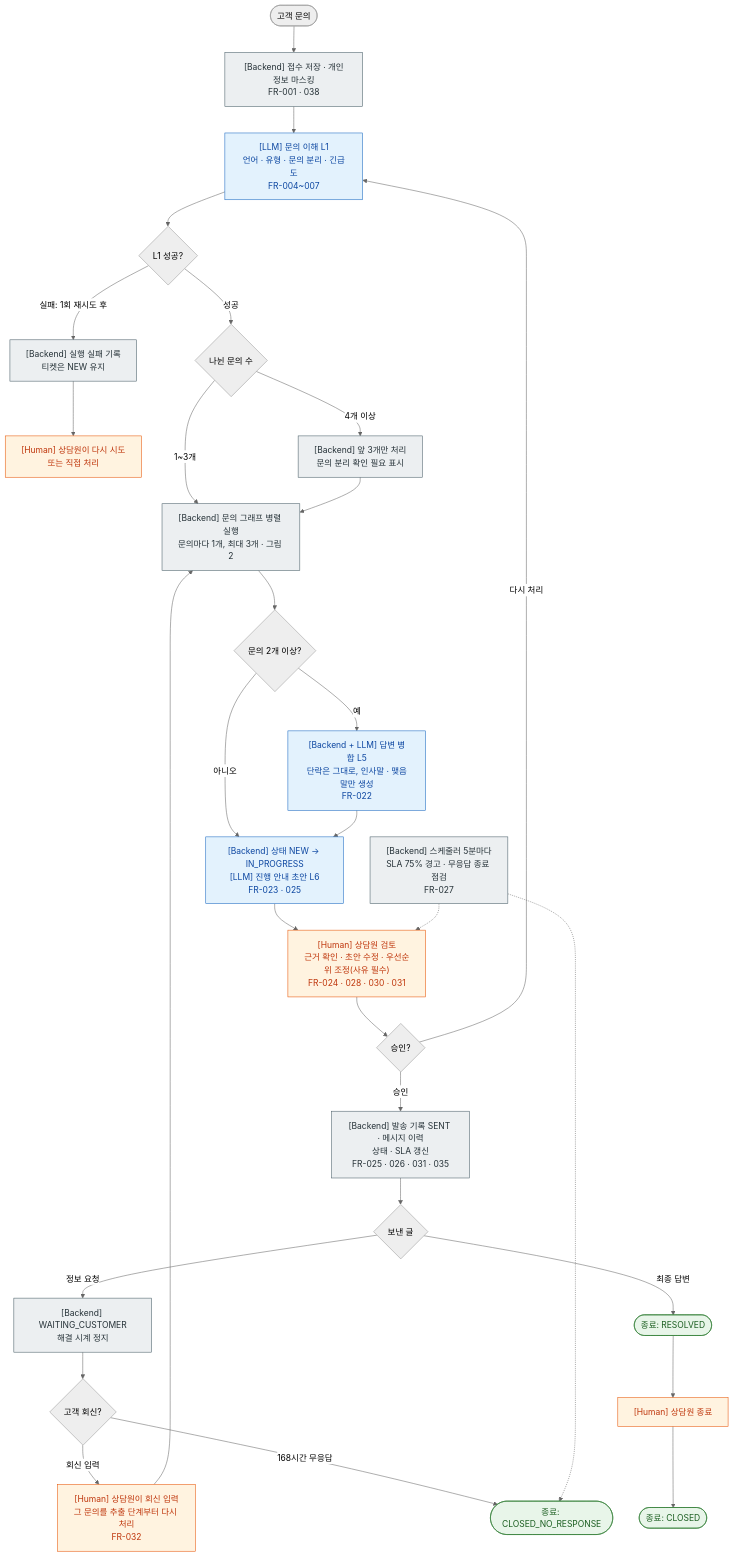
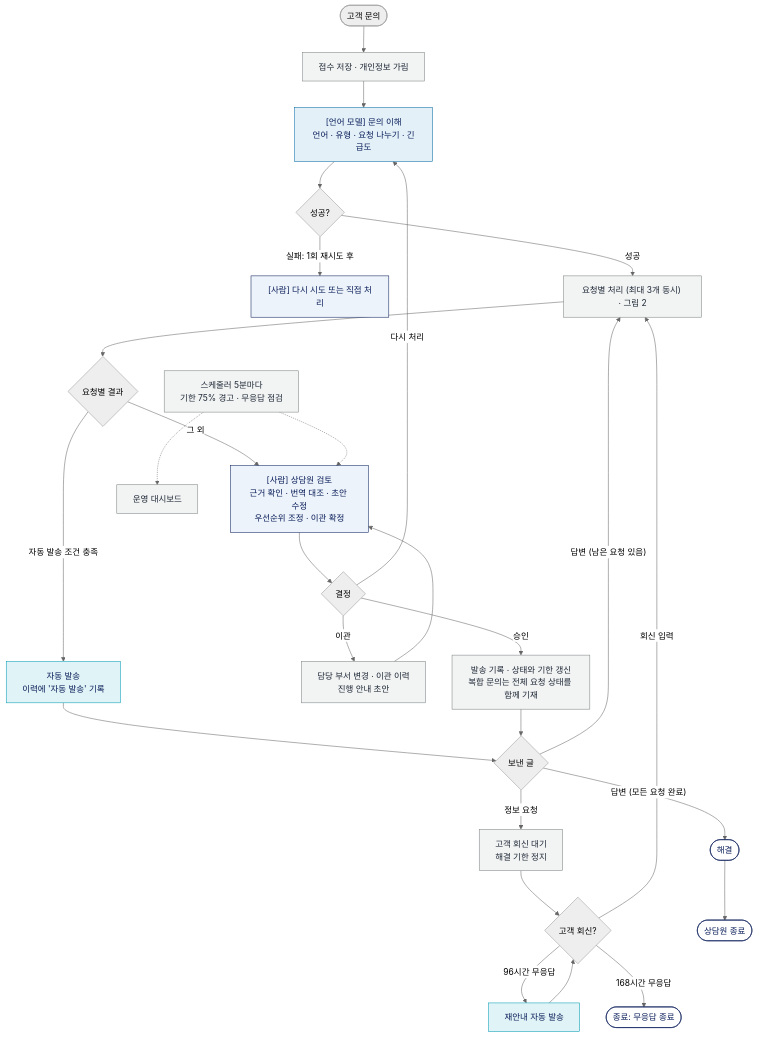
Before and after one commit to SongjuNa/cs-agent-service: the second of 3 diagrams in docs/planning/project-plan.md, drawn with Mermaid (neutral theme). The commit also changed other lines of this file and 3 other files, not shown here.

````diff
--- a/docs/planning/project-plan.md
+++ b/docs/planning/project-plan.md
@@ -291,41 +405,40 @@
 ```mermaid
 flowchart TD
-    S(["고객 문의"]) --> A1["[Backend] 접수 저장 · 개인정보 마스킹<br/>FR-001 · 038"]
-    A1 --> A2["[LLM] 문의 이해 L1<br/>언어 · 유형 · 문의 분리 · 긴급도<br/>FR-004~007"]
-    A2 --> C1{"L1 성공?"}
-    C1 -- "실패: 1회 재시도 후" --> F1["[Backend] 실행 실패 기록<br/>티켓은 NEW 유지"]
-    F1 --> H0["[Human] 상담원이 다시 시도<br/>또는 직접 처리"]
-    C1 -- "성공" --> C2{"나뉜 문의 수"}
-    C2 -- "4개 이상" --> X1["[Backend] 앞 3개만 처리<br/>문의 분리 확인 필요 표시"]
-    C2 -- "1~3개" --> P["[Backend] 문의 그래프 병렬 실행<br/>문의마다 1개, 최대 3개 · 그림 2"]
-    X1 --> P
-    P --> M{"문의 2개 이상?"}
-    M -- "예" --> MG["[Backend + LLM] 답변 병합 L5<br/>단락은 그대로, 인사말 · 맺음말만 생성<br/>FR-022"]
-    M -- "아니오" --> T6
-    MG --> T6["[Backend] 상태 NEW → IN_PROGRESS<br/>[LLM] 진행 안내 초안 L6<br/>FR-023 · 025"]
-    T6 --> R["[Human] 상담원 검토<br/>근거 확인 · 초안 수정 · 우선순위 조정(사유 필수)<br/>FR-024 · 028 · 030 · 031"]
-    R --> C3{"승인?"}
+    S(["고객 문의"]) --> A1["접수 저장 · 개인정보 가림"]
+    A1 --> A2["[언어 모델] 문의 이해<br/>언어 · 유형 · 요청 나누기 · 긴급도"]
+    A2 --> C1{"성공?"}
+    C1 -- "실패: 1회 재시도 후" --> H0["[사람] 다시 시도 또는 직접 처리"]
+    C1 -- "성공" --> P["요청별 처리 (최대 3개 동시) · 그림 2"]
+    P --> C2{"요청별 결과"}
+    C2 -- "자동 발송 조건 충족" --> AUTO["자동 발송<br/>이력에 '자동 발송' 기록"]
+    C2 -- "그 외" --> R["[사람] 상담원 검토<br/>근거 확인 · 번역 대조 · 초안 수정<br/>우선순위 조정 · 이관 확정"]
+    R --> C3{"결정"}
     C3 -- "다시 처리" --> A2
-    C3 -- "승인" --> SEND["[Backend] 발송 기록 SENT · 메시지 이력<br/>상태 · SLA 갱신<br/>FR-025 · 026 · 031 · 035"]
+    C3 -- "이관" --> ESC["담당 부서 변경 · 이관 이력<br/>진행 안내 초안"]
+    ESC --> R
+    C3 -- "승인" --> SEND["발송 기록 · 상태와 기한 갱신<br/>복합 문의는 전체 요청 상태를 함께 기재"]
+    AUTO --> C4
     SEND --> C4{"보낸 글"}
-    C4 -- "정보 요청" --> W["[Backend] WAITING_CUSTOMER<br/>해결 시계 정지"]
+    C4 -- "정보 요청" --> W["고객 회신 대기<br/>해결 기한 정지"]
     W --> C5{"고객 회신?"}
-    C5 -- "회신 입력" --> RE["[Human] 상담원이 회신 입력<br/>그 문의를 추출 단계부터 다시 처리<br/>FR-032"]
-    RE --> P
-    C5 -- "168시간 무응답" --> E3(["종료: CLOSED_NO_RESPONSE"])
-    C4 -- "최종 답변" --> E1(["종료: RESOLVED"])
-    E1 --> H2["[Human] 상담원 종료"]
-    H2 --> E2(["종료: CLOSED"])
-    SCH["[Backend] 스케줄러 5분마다<br/>SLA 75% 경고 · 무응답 종료 점검<br/>FR-027"] -.-> R
-    SCH -.-> E3
+    C5 -- "회신 입력" --> P
+    C5 -- "96시간 무응답" --> RM["재안내 자동 발송"]
+    RM --> C5
+    C5 -- "168시간 무응답" --> E3(["종료: 무응답 종료"])
+    C4 -- "답변 (남은 요청 있음)" --> P
+    C4 -- "답변 (모든 요청 완료)" --> E1(["해결"])
+    E1 --> E2(["상담원 종료"])
+    SCH["스케줄러 5분마다<br/>기한 75% 경고 · 무응답 점검"] -.-> R
+    SCH -.-> DASH["운영 대시보드"]
 
-    classDef llm fill:#E3F2FD,stroke:#1565C0,color:#0D47A1
-    classDef human fill:#FFF3E0,stroke:#E65100,color:#BF360C
-    classDef backend fill:#ECEFF1,stroke:#455A64,color:#263238
-    classDef endnode fill:#E8F5E9,stroke:#2E7D32,color:#1B5E20
+    classDef llm fill:#E3F0F8,stroke:#0569A0,color:#0A1E5A
+    classDef human fill:#EDF3FA,stroke:#0A1E5A,color:#0A1E5A
+    classDef backend fill:#F2F3F3,stroke:#7D8282,color:#1F2937
+    classDef auto fill:#E0F3F6,stroke:#009BB4,color:#0A1E5A
+    classDef endnode fill:#FFFFFF,stroke:#0A1E5A,color:#0A1E5A
     class A2 llm
-    class MG,T6 llm
-    class H0,R,RE,H2 human
-    class A1,F1,X1,P,SEND,W,SCH backend
+    class H0,R human
+    class A1,P,SEND,W,SCH,ESC,DASH backend
+    class AUTO,RM auto
     class E1,E2,E3 endnode
 ```
````
